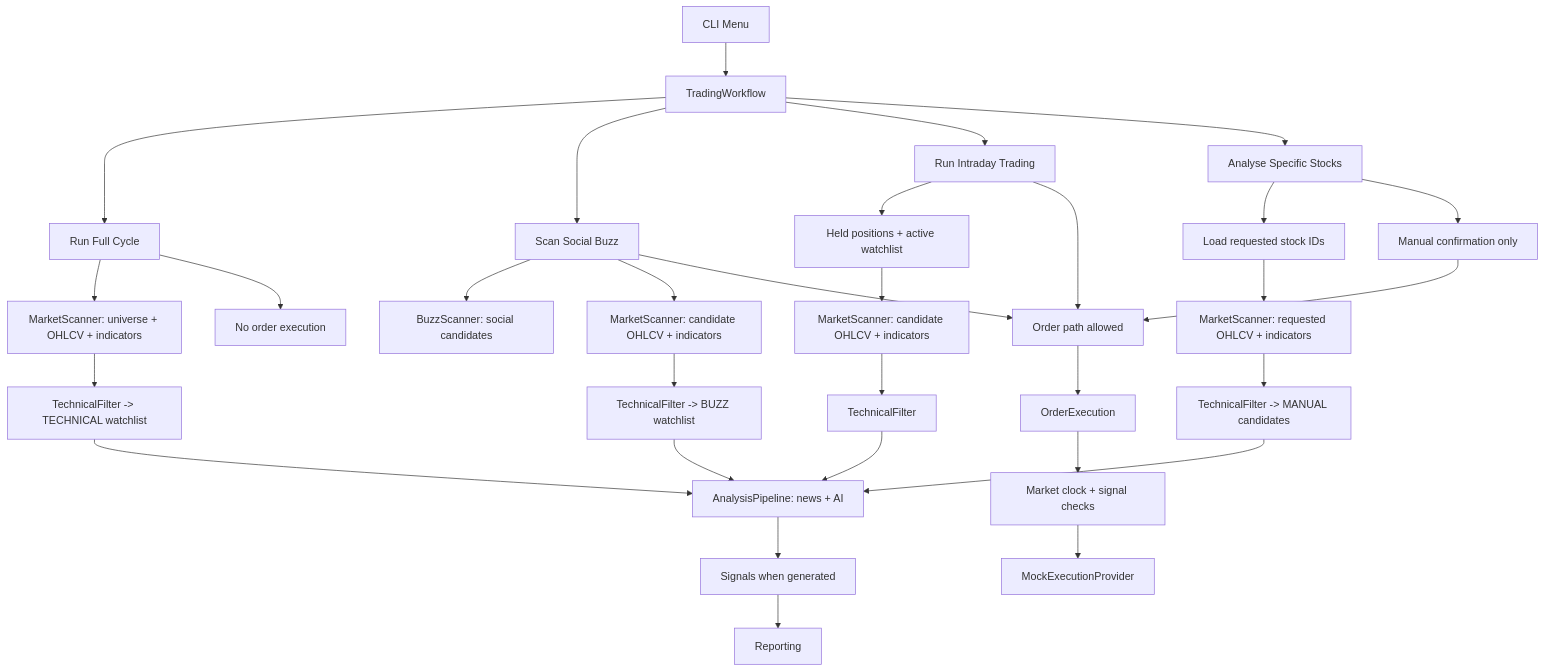
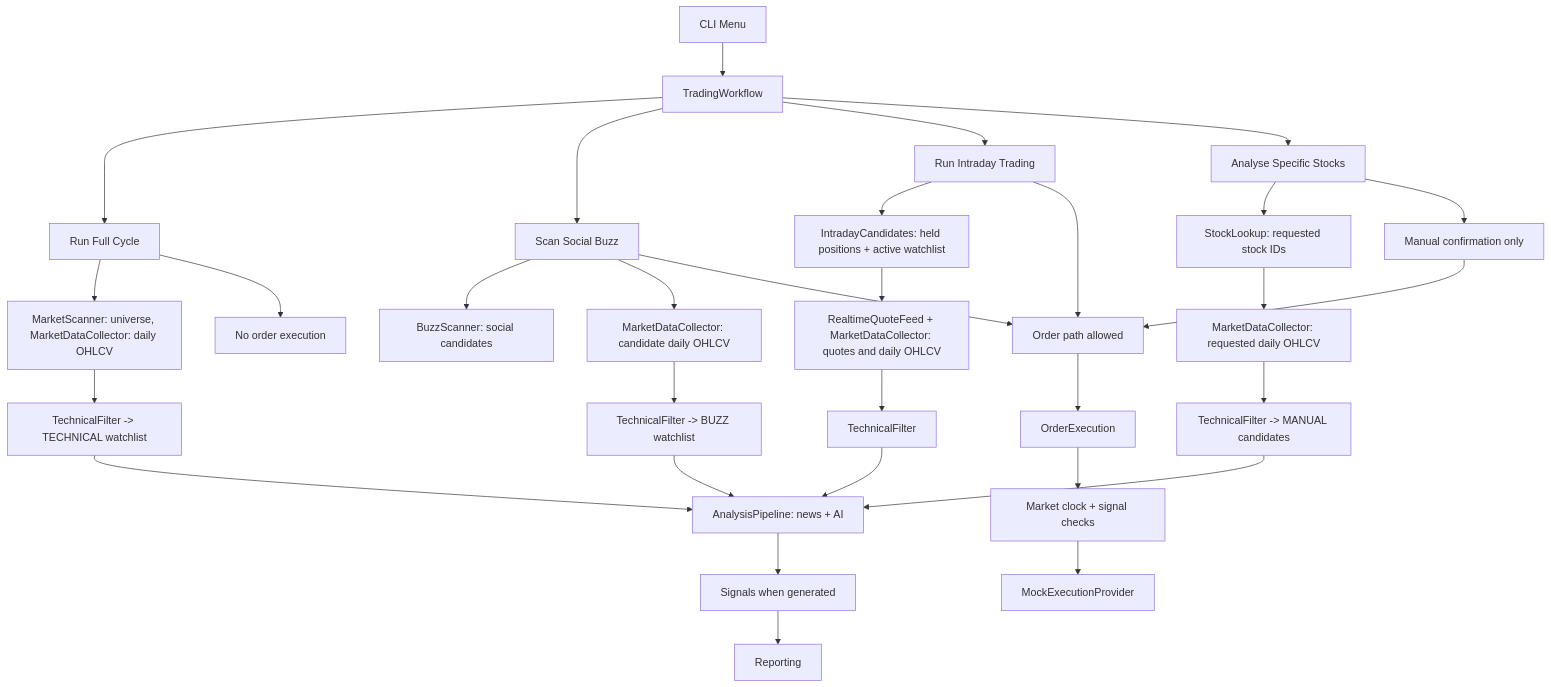
One commit to doluludadada/stock-agent changed the diagram in README.md. Above: the diagram before and after it, drawn with Mermaid. The commit also changed other lines of this file and 217 other files, not shown here.

First line of the commit message:
refactor: the trading, valuation, AI, news, chat and market code follows the architecture guide

````diff
--- a/README.md
+++ b/README.md
@@ -100,39 +100,39 @@
 ```mermaid
 flowchart TD
     CLI[CLI Menu] --> WF[TradingWorkflow]
 
     WF --> FULL[Run Full Cycle]
     WF --> BUZZ[Scan Social Buzz]
     WF --> DAY[Run Intraday Trading]
     WF --> ONE[Analyse Specific Stocks]
 
-    FULL --> MS1[MarketScanner: universe + OHLCV + indicators]
+    FULL --> MS1[MarketScanner: universe, MarketDataCollector: daily OHLCV]
     BUZZ --> BS[BuzzScanner: social candidates]
-    BUZZ --> MS2[MarketScanner: candidate OHLCV + indicators]
-    DAY --> LOAD[Held positions + active watchlist]
-    LOAD --> MS3[MarketScanner: candidate OHLCV + indicators]
-    ONE --> STOCK[Load requested stock IDs]
-    STOCK --> MS4[MarketScanner: requested OHLCV + indicators]
+    BUZZ --> MS2[MarketDataCollector: candidate daily OHLCV]
+    DAY --> LOAD[IntradayCandidates: held positions + active watchlist]
+    LOAD --> MS3[RealtimeQuoteFeed + MarketDataCollector: quotes and daily OHLCV]
+    ONE --> STOCK[StockLookup: requested stock IDs]
+    STOCK --> MS4[MarketDataCollector: requested daily OHLCV]
 
     MS1 --> TF1[TechnicalFilter -> TECHNICAL watchlist]
     MS2 --> TF2[TechnicalFilter -> BUZZ watchlist]
     MS3 --> TF3[TechnicalFilter]
     MS4 --> TF4[TechnicalFilter -> MANUAL candidates]
 
     TF1 --> AP[AnalysisPipeline: news + AI]
     TF2 --> AP
     TF3 --> AP
     TF4 --> AP
 
     AP --> SIG[Signals when generated]
     SIG --> REP[Reporting]
 
     FULL --> NOORDER[No order execution]
     BUZZ --> ORDERABLE[Order path allowed]
     DAY --> ORDERABLE
     ONE --> MANUAL[Manual confirmation only]
     MANUAL --> ORDERABLE
     ORDERABLE --> ORDER[OrderExecution]
     ORDER --> CLOCK[Market clock + signal checks]
     CLOCK --> MOCK[MockExecutionProvider]
 ```
````
